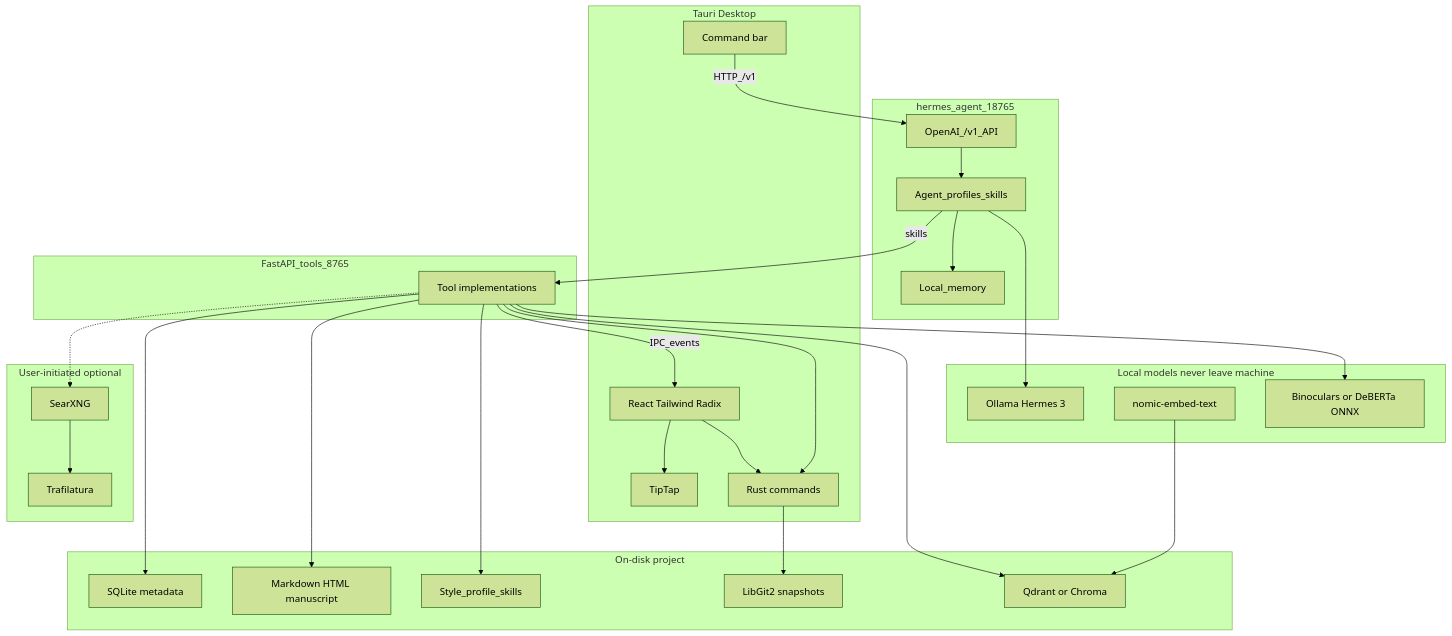
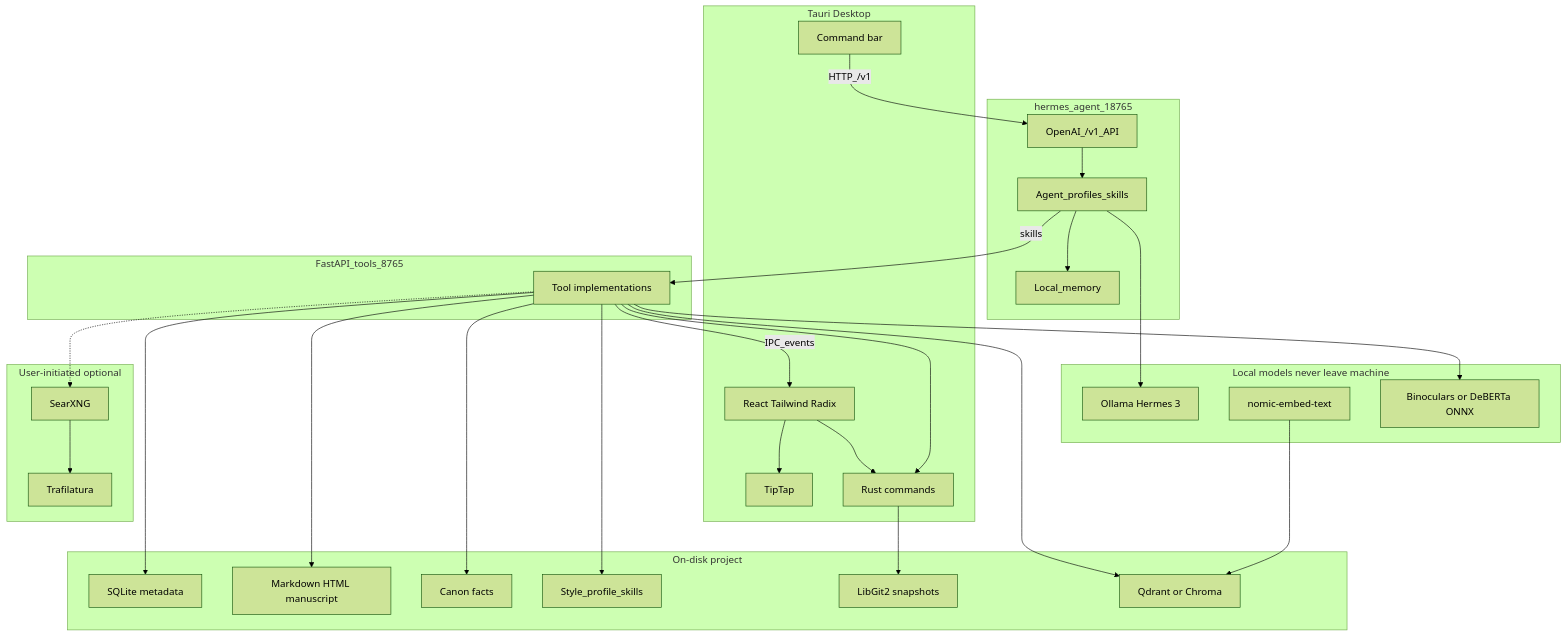
One commit to ksjpswaroop/AuthorsAssistant changed the diagram in docs/ARCHITECTURE.md. Above: the diagram before and after it, drawn with Mermaid (forest theme). The commit also changed other lines of this file and 51 other files, not shown here.

````diff
--- a/docs/ARCHITECTURE.md
+++ b/docs/ARCHITECTURE.md
@@ -13,51 +32,53 @@
 ```mermaid
 flowchart TB
   subgraph desktop [Tauri Desktop]
     UI[React Tailwind Radix]
     Editor[TipTap]
     CmdBar[Command bar]
     RustCore[Rust commands]
   end
   subgraph hermesRuntime [hermes_agent_18765]
     HermesAPI[OpenAI_/v1_API]
     Profiles[Agent_profiles_skills]
     Memory[Local_memory]
   end
   subgraph toolGw [FastAPI_tools_8765]
     Tools[Tool implementations]
   end
   subgraph localData [On-disk project]
     SQLite[SQLite metadata]
     MD[Markdown HTML manuscript]
+    Canon[Canon facts]
     StyleMem[Style_profile_skills]
     GitSnaps[LibGit2 snapshots]
     Qdrant[Qdrant or Chroma]
   end
   subgraph localAI [Local models never leave machine]
     Ollama[Ollama Hermes 3]
     Embed[nomic-embed-text]
     Detect[Binoculars or DeBERTa ONNX]
   end
   subgraph optionalNet [User-initiated optional]
     SearXNG[SearXNG]
     Traf[Trafilatura]
   end
   CmdBar -->|"HTTP_/v1"| HermesAPI
   UI --> RustCore
   UI --> Editor
   HermesAPI --> Profiles
   Profiles --> Ollama
   Profiles --> Memory
   Profiles -->|"skills"| Tools
   Tools --> RustCore
   Tools --> SQLite
   Tools --> MD
+  Tools --> Canon
   Tools --> StyleMem
   Tools --> Qdrant
   Tools --> Detect
   Tools -.-> SearXNG
   RustCore --> GitSnaps
   Embed --> Qdrant
   SearXNG --> Traf
   Tools -->|"IPC_events"| UI
 ```
````
